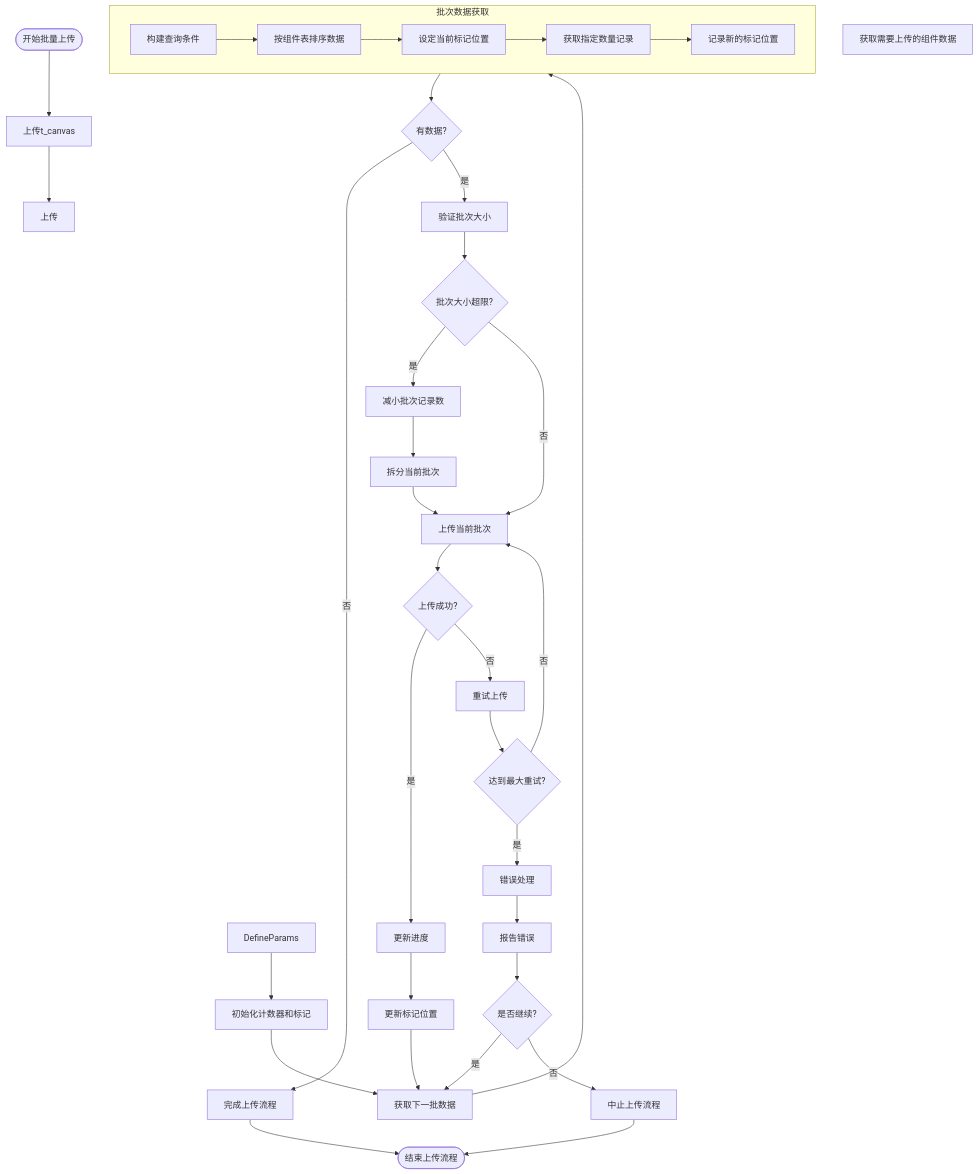
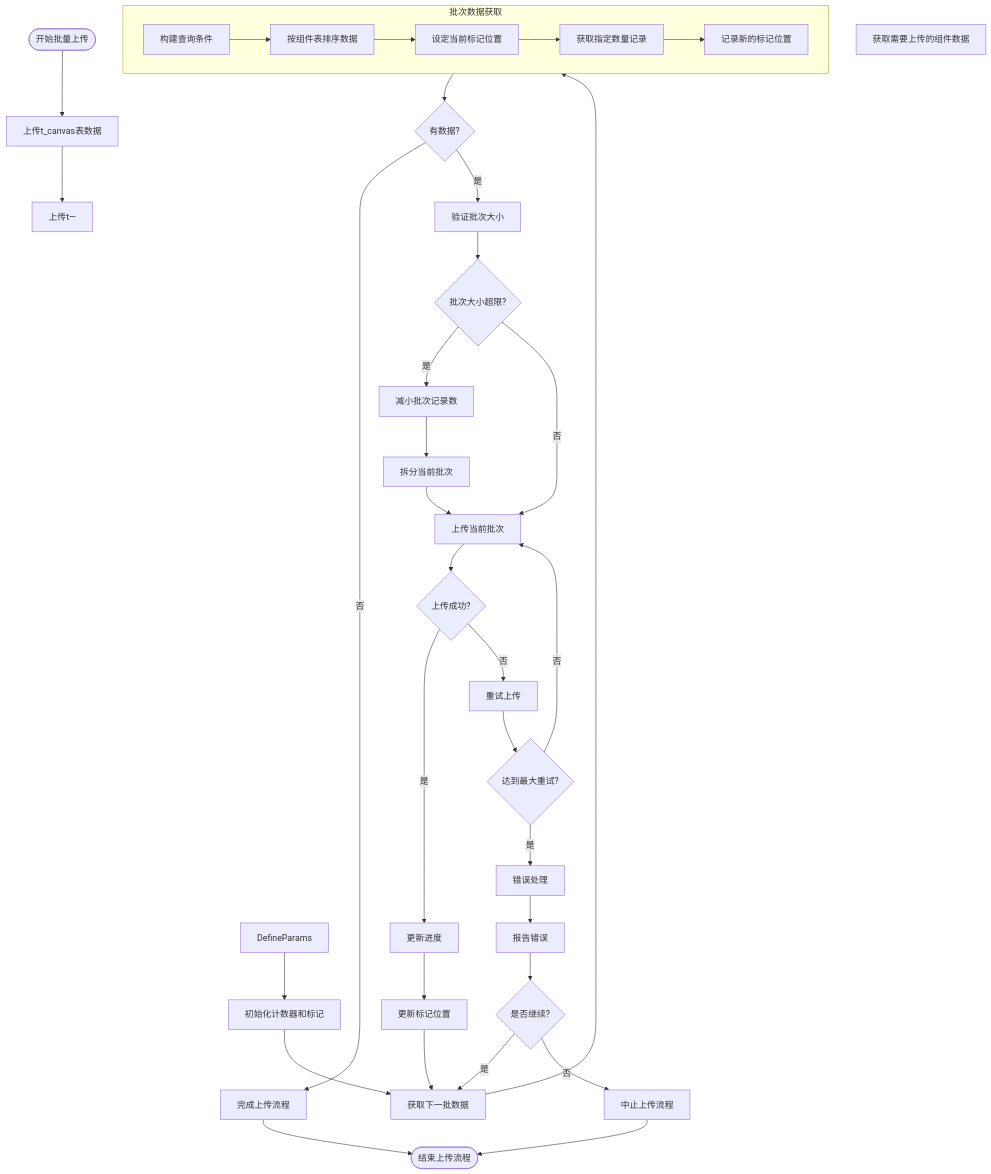
The diagram in all/未命名-51.md (yingjianzh/iodraw-files), drawn with Mermaid before and after one commit.

Commit message:
2025-05-08 17:23:29 update

````diff
--- a/all/未命名-51.md
+++ b/all/未命名-51.md
@@ -1,49 +1,49 @@
 ```mermaid
 flowchart TD
-    Start([开始批量上传]) --> UploadSpaceData[上传t_canvas]
-    UploadSpaceData --> UploadComponentListData[上传]
+    Start([开始批量上传]) --> UploadSpaceData[上传t_canvas表数据]
+    UploadSpaceData --> UploadComponentListData[上传t—]
     
     UploadData[获取需要上传的组件数据]
     DefineParams --> InitCounters[初始化计数器和标记]
     
     InitCounters --> FetchNextBatch[获取下一批数据]
     
     subgraph BatchFetch [批次数据获取]
         A[构建查询条件] --> B[按组件表排序数据]
         B --> C[设定当前标记位置]
         C --> D[获取指定数量记录]
         D --> E[记录新的标记位置]
     end
     
     FetchNextBatch --> BatchFetch
     
     BatchFetch --> CheckResults{有数据?}
     CheckResults -->|否| CompleteUpload[完成上传流程]
     CheckResults -->|是| ValidateBatch[验证批次大小]
     
     ValidateBatch --> SizeTooLarge{批次大小超限?}
     SizeTooLarge -->|是| AdjustBatchSize[减小批次记录数]
     SizeTooLarge -->|否| UploadBatch[上传当前批次]
     
     AdjustBatchSize --> SplitBatch[拆分当前批次]
     SplitBatch --> UploadBatch
     
     UploadBatch --> UploadSuccess{上传成功?}
     UploadSuccess -->|是| UpdateProgress[更新进度]
     UploadSuccess -->|否| RetryUpload[重试上传]
     
     RetryUpload --> MaxRetries{达到最大重试?}
     MaxRetries -->|否| UploadBatch
     MaxRetries -->|是| ErrorHandling[错误处理]
     
     ErrorHandling --> ReportError[报告错误]
     ReportError --> ContinueOption{是否继续?}
     ContinueOption -->|是| FetchNextBatch
     ContinueOption -->|否| AbortProcess[中止上传流程]
     
     UpdateProgress --> UpdateMarker[更新标记位置]
     UpdateMarker --> FetchNextBatch
     
     CompleteUpload --> End([结束上传流程])
     AbortProcess --> End
 ```
````
